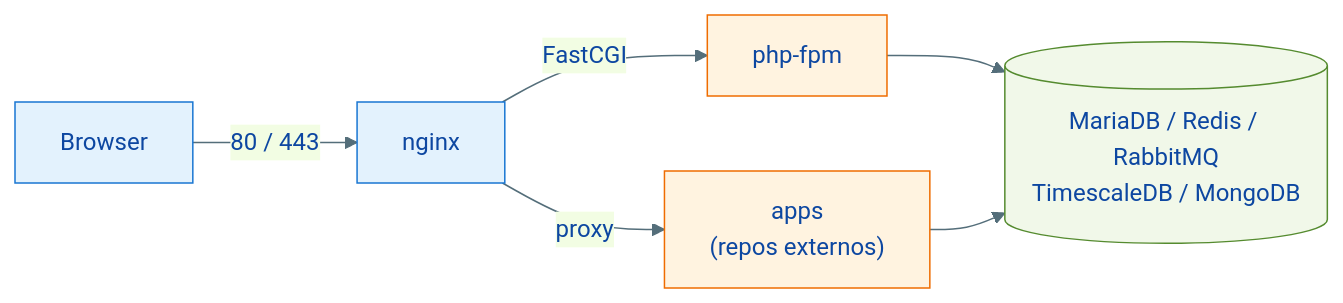
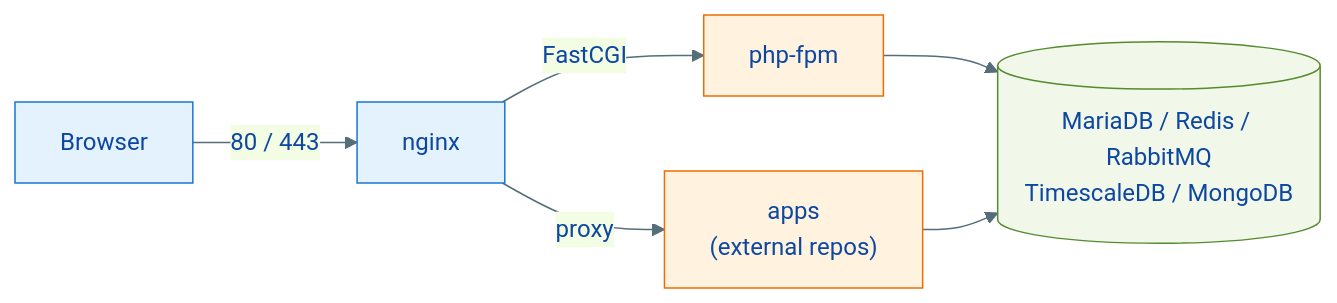
One commit to giacomeli/makephp changed the diagram in readme.md. Above: the diagram before and after it, drawn with Mermaid. The commit also changed other lines of this file and 43 other files, not shown here.

````diff
--- a/readme.md
+++ b/readme.md
@@ -17,16 +19,16 @@
 ```mermaid
 %%{init: {'theme':'base','themeVariables':{'primaryColor':'#E3F2FD','primaryTextColor':'#0D47A1','primaryBorderColor':'#1976D2','lineColor':'#546E7A'}}}%%
 flowchart LR
-    accTitle: Visao geral do makephp
-    accDescr: O nginx recebe todo o trafego e encaminha para o php-fpm via FastCGI ou para containers de apps via proxy; todos os servicos compartilham uma rede Docker externa.
+    accTitle: makephp overview
+    accDescr: nginx receives all traffic and forwards it to php-fpm over FastCGI or to app containers via proxy; every service shares an external Docker network.
 
     classDef edge fill:#E3F2FD,stroke:#1976D2
     classDef app fill:#FFF3E0,stroke:#EF6C00
     classDef infra fill:#F1F8E9,stroke:#558B2F
 
     C["Browser"]:::edge -- "80 / 443" --> N["nginx"]:::edge
     N -- "FastCGI" --> F["php-fpm"]:::app
-    N -- "proxy" --> A["apps<br>(repos externos)"]:::app
+    N -- "proxy" --> A["apps<br>(external repos)"]:::app
     F --> I[("MariaDB / Redis / RabbitMQ<br>TimescaleDB / MongoDB")]:::infra
     A --> I
 ```
````
